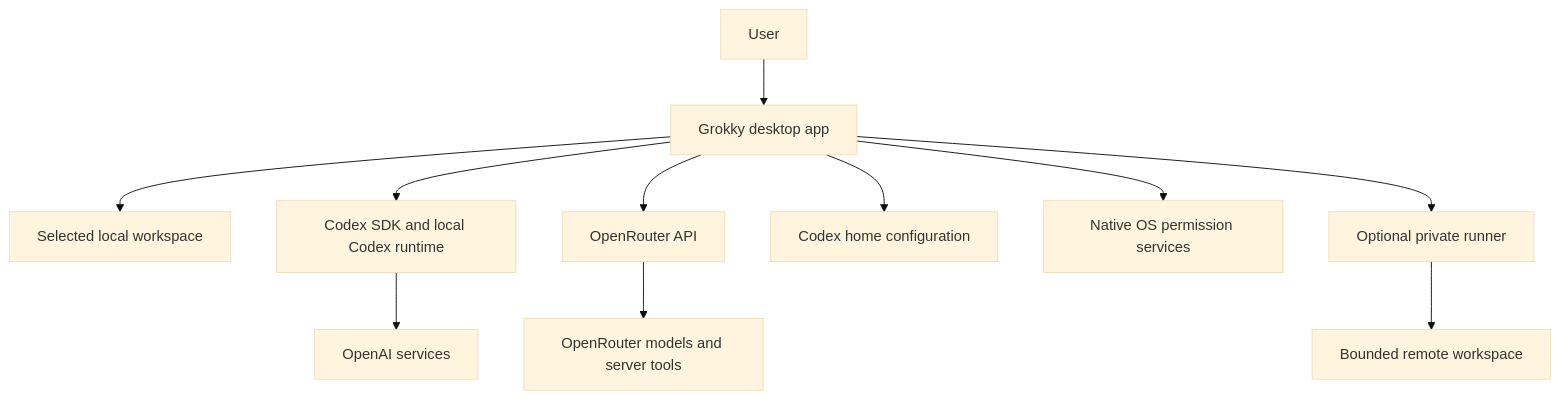
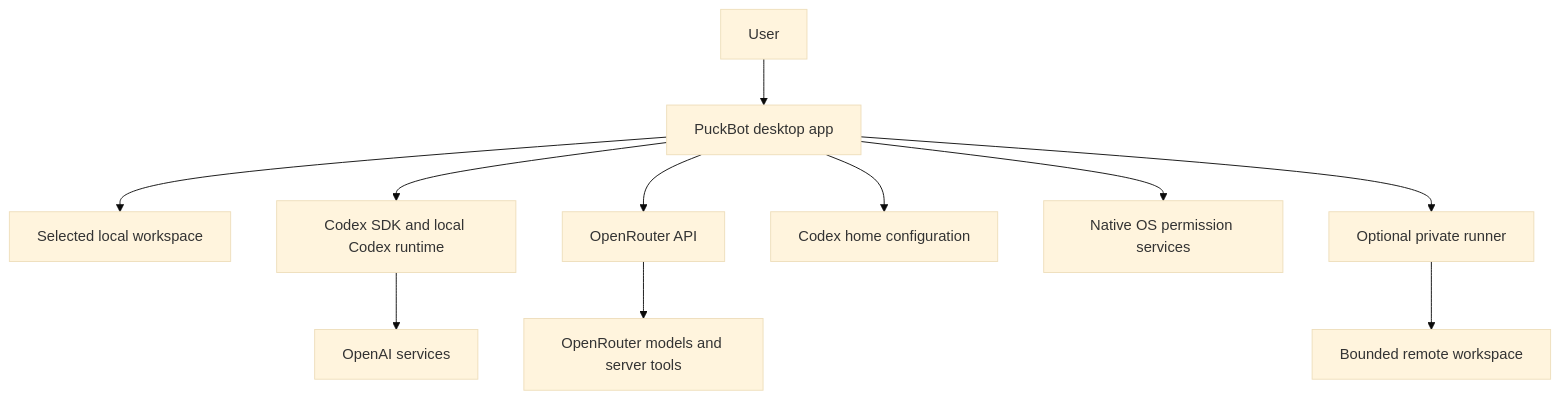
Before and after one commit to jasonagency/grokky: the first of 11 diagrams in docs/ARCHITECTURE.md, drawn with Mermaid (base theme). The commit also changed other lines of this file and 60 other files, not shown here.

Commit message:
feat(app): migrate identity to PuckBot

````diff
--- a/docs/ARCHITECTURE.md
+++ b/docs/ARCHITECTURE.md
@@ -7,14 +7,14 @@
 ```mermaid
 flowchart TB
-  USER[User] --> APP[Grokky desktop app]
+  USER[User] --> APP[PuckBot desktop app]
   APP --> WORKSPACE[Selected local workspace]
   APP --> CODEX[Codex SDK and local Codex runtime]
   APP --> OPENROUTER[OpenRouter API]
   APP --> CODEXHOME[Codex home configuration]
   APP --> OS[Native OS permission services]
   APP --> RUNNER[Optional private runner]
 
   CODEX --> OPENAI[OpenAI services]
   OPENROUTER --> MODELS[OpenRouter models and server tools]
   RUNNER --> REMOTEWORKSPACE[Bounded remote workspace]
 ```
````
